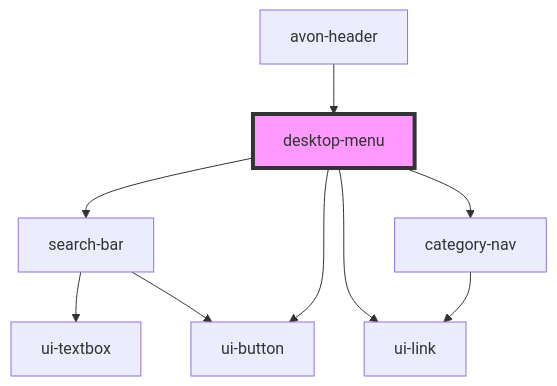
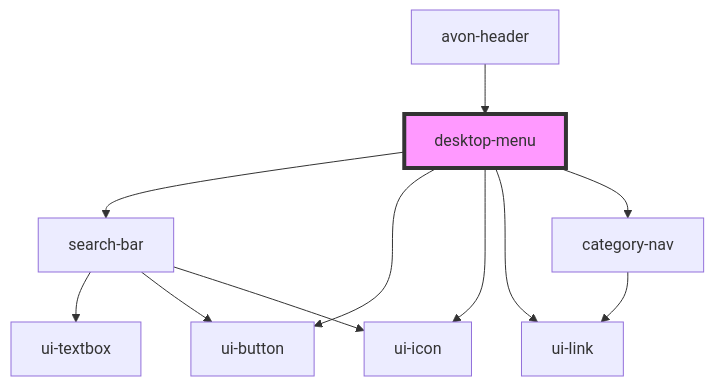
The diagram in src/components/avon-header/desktop-menu/readme.md (ankitghanekar-hcl/ui-shared-web-components), drawn with Mermaid before and after one commit. The commit also changed other lines of this file and 18 other files, not shown here.

````diff
--- a/src/components/avon-header/desktop-menu/readme.md
+++ b/src/components/avon-header/desktop-menu/readme.md
@@ -35,12 +36,14 @@
 ```mermaid
 graph TD;
   desktop-menu --> search-bar
   desktop-menu --> ui-button
+  desktop-menu --> ui-icon
   desktop-menu --> ui-link
   desktop-menu --> category-nav
   search-bar --> ui-textbox
   search-bar --> ui-button
+  search-bar --> ui-icon
   category-nav --> ui-link
   avon-header --> desktop-menu
   style desktop-menu fill:#f9f,stroke:#333,stroke-width:4px
 ```
````
